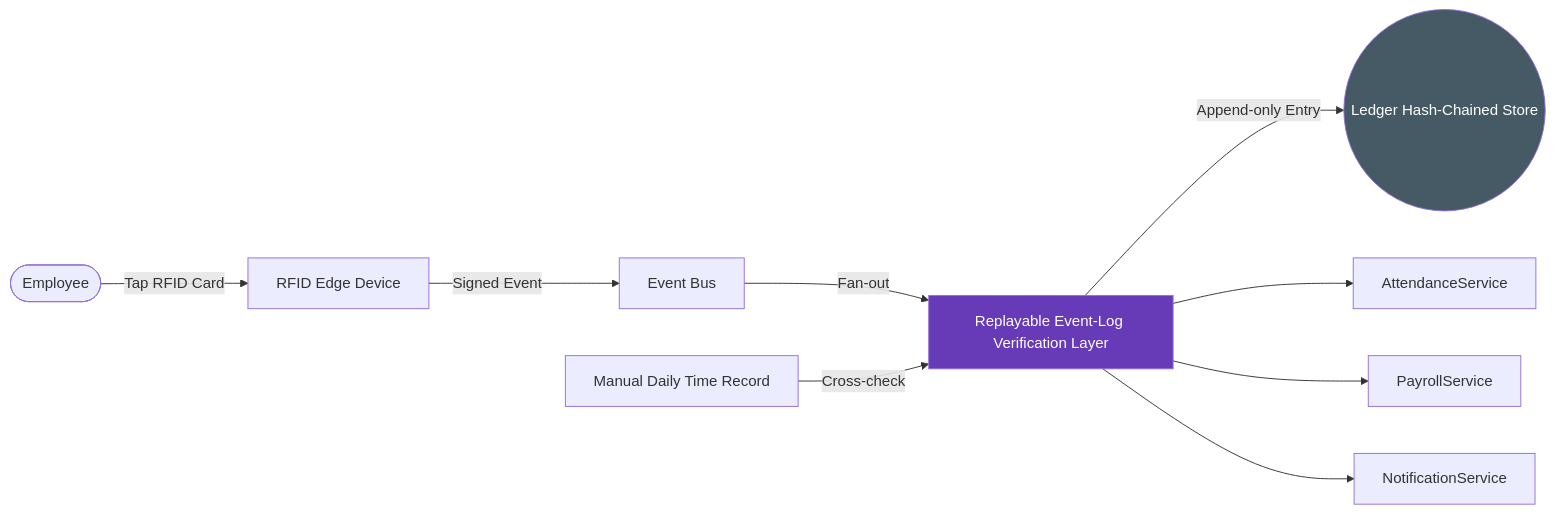
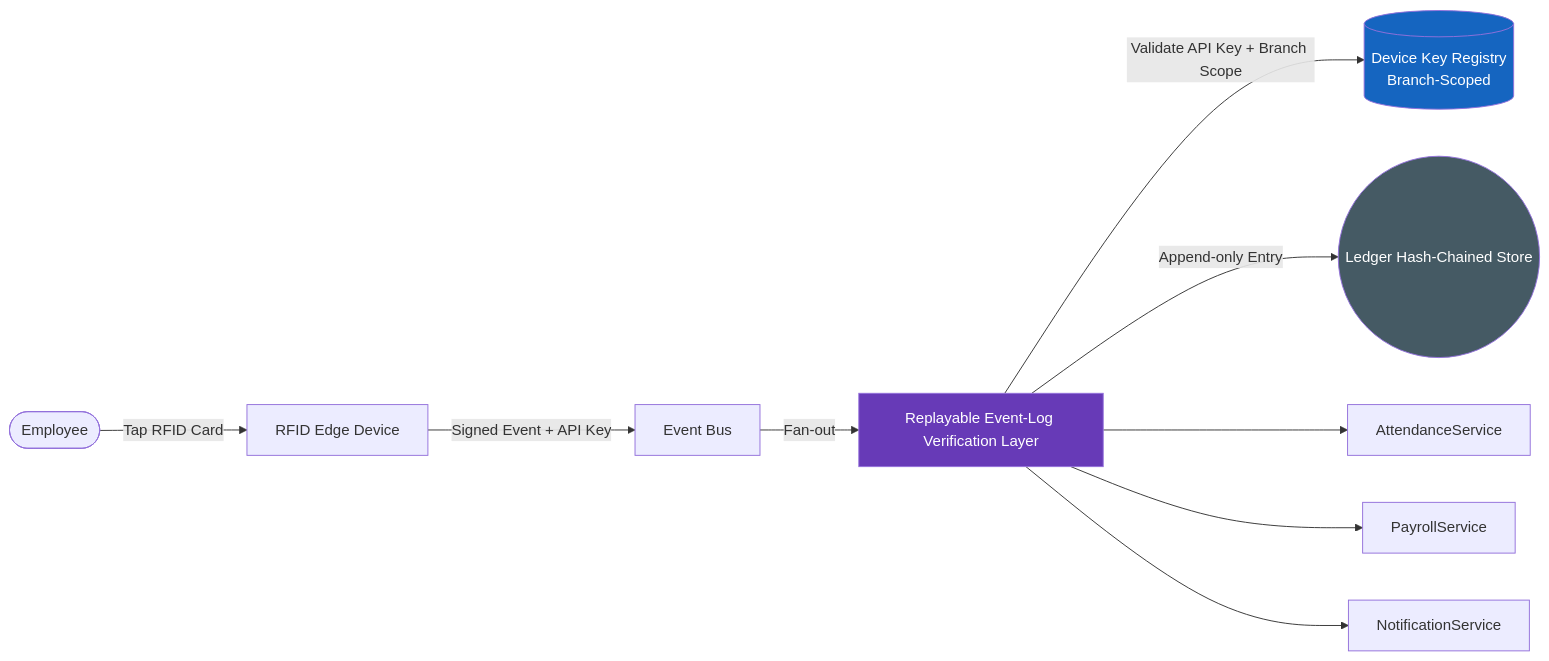
One commit to cap-bato/cameco changed the second of 3 diagrams in docs/workflows/integrations/patentable-proposal/rfid-replayable-event-log-proposal.md. Above: the diagram before and after it, drawn with Mermaid. The commit also changed other lines of this file, not shown here.

First line of the commit message:
Refine RFID event log proposal with new innovations

````diff
--- a/docs/workflows/integrations/patentable-proposal/rfid-replayable-event-log-proposal.md
+++ b/docs/workflows/integrations/patentable-proposal/rfid-replayable-event-log-proposal.md
@@ -61,14 +61,15 @@
 ```mermaid
 graph LR
   Employee([Employee]) -->|Tap RFID Card| EdgeDevice[RFID Edge Device]
-  EdgeDevice -->|Signed Event| EventBus[Event Bus]
+  EdgeDevice -->|Signed Event + API Key| EventBus[Event Bus]
   EventBus -->|Fan-out| VerificationCore["Replayable Event-Log Verification Layer"]
+  VerificationCore -->|Validate API Key + Branch Scope| KeyRegistry[("Device Key Registry\nBranch-Scoped")]
   VerificationCore -->|Append-only Entry| ImmutableLog(("Ledger Hash-Chained Store"))
   VerificationCore --> AttendanceService
   VerificationCore --> PayrollService
   VerificationCore --> NotificationService
-  MDTR["Manual Daily Time Record"] -->|Cross-check| VerificationCore
 
   style VerificationCore fill:#673ab7,color:#fff
   style ImmutableLog fill:#455a64,color:#fff
+  style KeyRegistry fill:#1565c0,color:#fff
 ```
````
